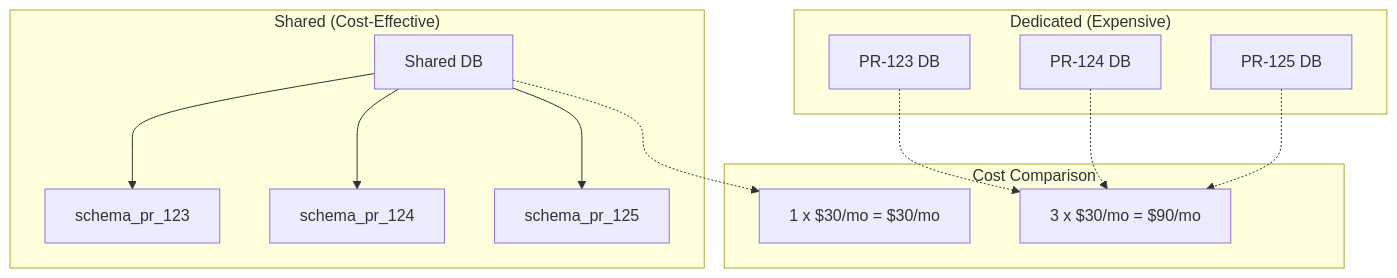
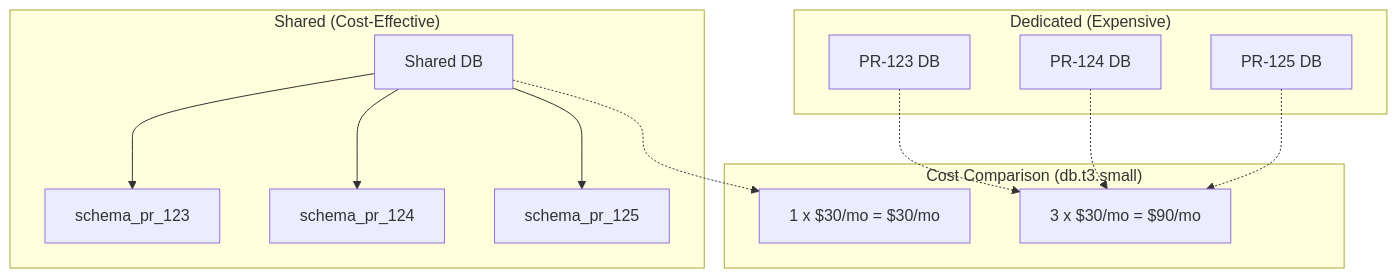
One commit to webstackdev/astro.webstackbuilders.com changed the diagram in src/content/articles/ephemeral-preview-environments-cost-control-cleanup/index.mdx. Above: the diagram before and after it, drawn with Mermaid. The commit also changed other lines of this file and 5 other files, not shown here.

````diff
--- a/src/content/articles/ephemeral-preview-environments-cost-control-cleanup/index.mdx
+++ b/src/content/articles/ephemeral-preview-environments-cost-control-cleanup/index.mdx
@@ -190,25 +76,25 @@
 ```mermaid
 graph TD
     subgraph "Dedicated (Expensive)"
         A1[PR-123 DB]
         A2[PR-124 DB]
         A3[PR-125 DB]
     end
 
     subgraph "Shared (Cost-Effective)"
         B1[Shared DB]
         B1 --> B2[schema_pr_123]
         B1 --> B3[schema_pr_124]
         B1 --> B4[schema_pr_125]
     end
 
-    subgraph "Cost Comparison"
+    subgraph "Cost Comparison (db.t3.small)"
         C1["3 x $30/mo = $90/mo"]
         C2["1 x $30/mo = $30/mo"]
     end
 
     A1 -.-> C1
     A2 -.-> C1
     A3 -.-> C1
     B1 -.-> C2
 ```
````
